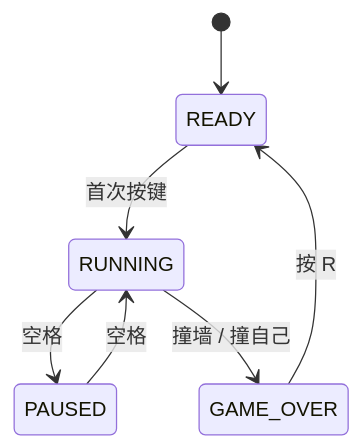
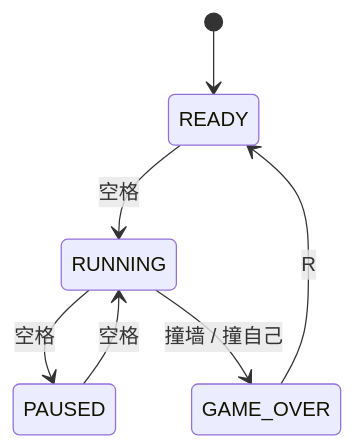
One commit to Jayfan111/Snake changed the second of 2 diagrams in README.md. Above: the diagram before and after it, drawn with Mermaid. The commit also changed other lines of this file and 11 other files, not shown here.

````diff
--- a/README.md
+++ b/README.md
@@ -89,9 +153,9 @@
 ```mermaid
 stateDiagram-v2
     [*] --> READY
-    READY --> RUNNING: 首次按键
+    READY --> RUNNING: 空格
     RUNNING --> PAUSED: 空格
     PAUSED --> RUNNING: 空格
     RUNNING --> GAME_OVER: 撞墙 / 撞自己
-    GAME_OVER --> READY: 按 R
+    GAME_OVER --> READY: R
 ```
````
